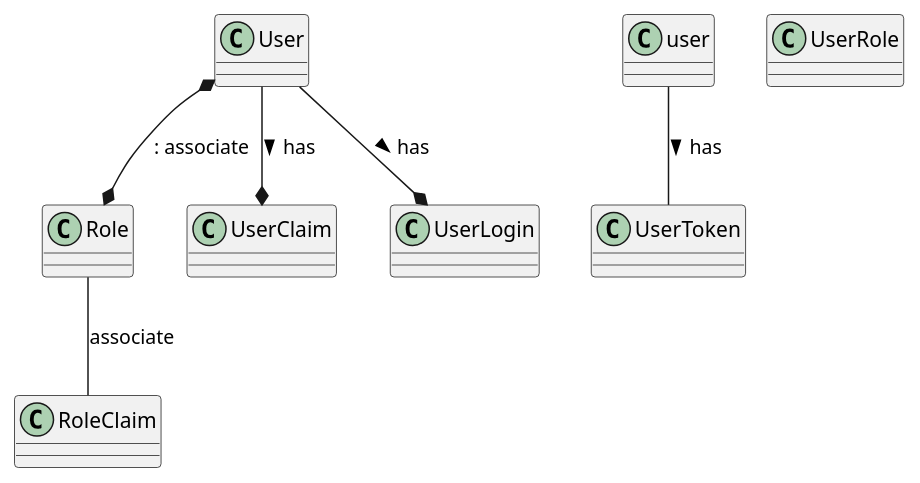
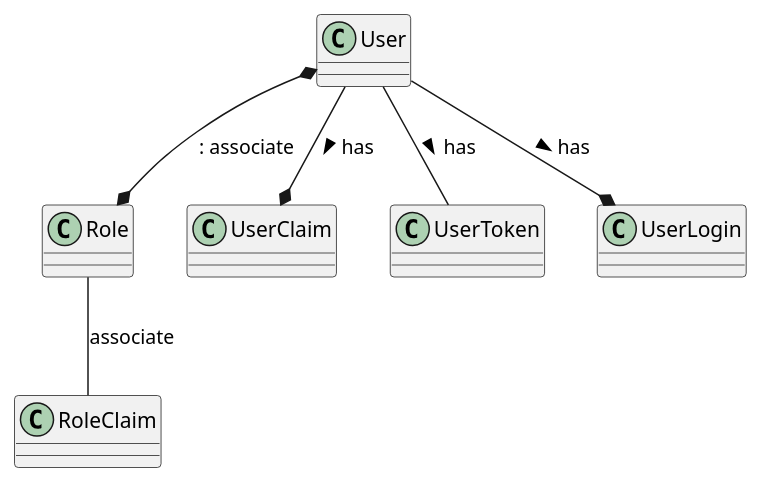
The diagram in pages/areas___dotnet.md (jackliusr/pkm), drawn with PlantUML before and after one commit. The commit also changed other lines of this file and 32 other files, not shown here.

```diff
--- a/pages/areas___dotnet.md
+++ b/pages/areas___dotnet.md
@@ -22,15 +22,15 @@
 		  @startuml
 		  class User
 		  class Role
 		  class UserClaim
 		  class UserToken
 		  class UserLogin
 		  class RoleClaim
-		  class UserRole
+		  'class UserRole
 		  
 		  User --* UserClaim: > has
 		  User --* UserLogin: > has
-		  user -- UserToken: > has
+		  User -- UserToken: > has
 		  Role -- RoleClaim: associate
 		  User *--* Role: : associate
 		  @enduml
```
